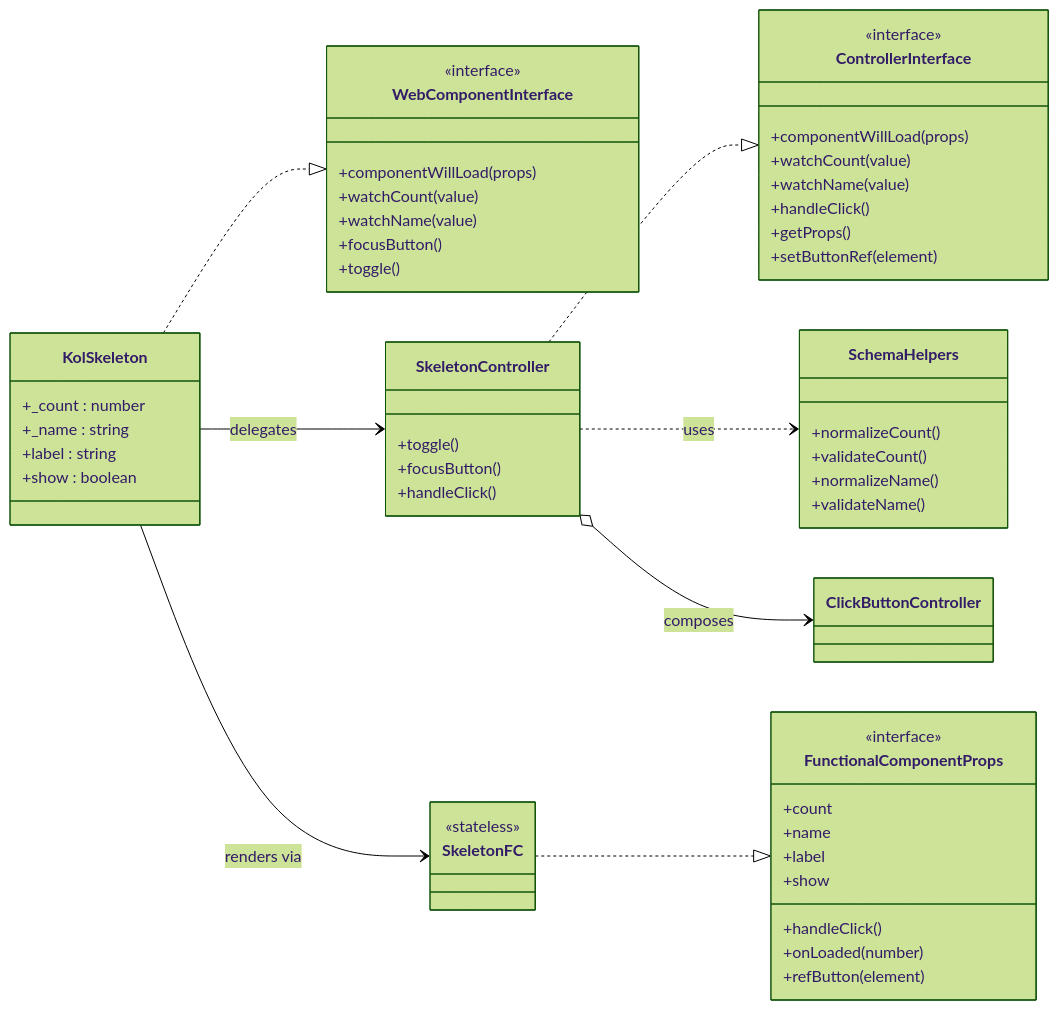
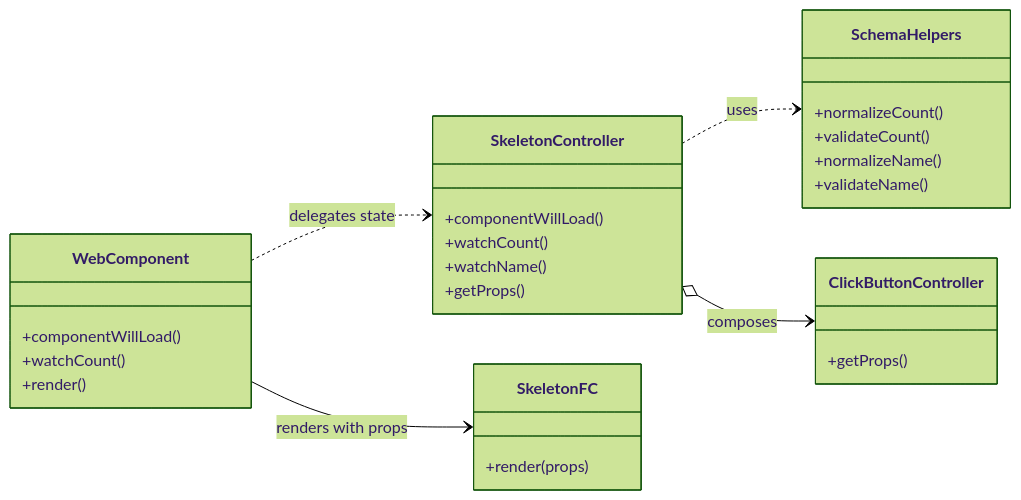
The second of 3 diagrams in packages/components/src/components/_skeleton/ARC42.md (public-ui/kolibri), drawn with Mermaid (forest theme) before and after one commit. The commit also changed other lines of this file, not shown here.

Commit message:
docs: enhance skeleton architecture guidance

````diff
--- a/packages/components/src/components/_skeleton/ARC42.md
+++ b/packages/components/src/components/_skeleton/ARC42.md
@@ -107,58 +149,31 @@
 ```mermaid
 classDiagram
     direction LR
-    class WebComponentInterface {
-        <<interface>>
-        +componentWillLoad(props)
-        +watchCount(value)
-        +watchName(value)
-        +focusButton()
-        +toggle()
-    }
-    class KolSkeleton {
-        +_count : number
-        +_name : string
-        +label : string
-        +show : boolean
-    }
-    KolSkeleton ..|> WebComponentInterface
-    class ControllerInterface {
-        <<interface>>
-        +componentWillLoad(props)
-        +watchCount(value)
-        +watchName(value)
-        +handleClick()
-        +getProps()
-        +setButtonRef(element)
+    class WebComponent {
+        +componentWillLoad()
+        +watchCount()
+        +render()
     }
     class SkeletonController {
-        +toggle()
-        +focusButton()
-        +handleClick()
-    }
-    SkeletonController ..|> ControllerInterface
-    KolSkeleton --> SkeletonController : delegates
-    class FunctionalComponentProps {
-        <<interface>>
-        +count
-        +name
-        +label
-        +show
-        +handleClick()
-        +onLoaded(number)
-        +refButton(element)
+        +componentWillLoad()
+        +watchCount()
+        +watchName()
+        +getProps()
     }
     class SkeletonFC {
-        <<stateless>>
+        +render(props)
     }
-    SkeletonFC ..|> FunctionalComponentProps
-    KolSkeleton --> SkeletonFC : renders via
     class SchemaHelpers {
         +normalizeCount()
         +validateCount()
         +normalizeName()
         +validateName()
     }
+    class ClickButtonController {
+        +getProps()
+    }
+    WebComponent ..> SkeletonController : delegates state
+    WebComponent --> SkeletonFC : renders with props
     SkeletonController ..> SchemaHelpers : uses
     SkeletonController o--> ClickButtonController : composes
 ```
````
